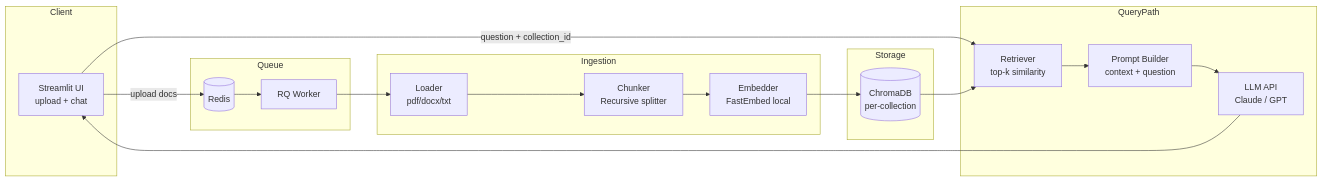
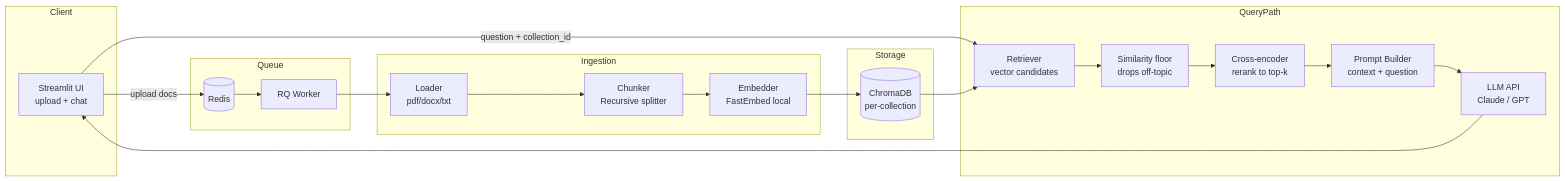
Before and after one commit to poshitha-12/rag-generator: the diagram in README.md, drawn with Mermaid. The commit also changed other lines of this file and 7 other files, not shown here.

First line of the commit message:
feat(retrieval): similarity floor + cross-encoder rerank before generation [FR5, FR6]

````diff
--- a/README.md
+++ b/README.md
@@ -16,27 +16,29 @@
 ```mermaid
 flowchart LR
     subgraph Client
         UI[Streamlit UI<br/>upload + chat]
     end
     subgraph Queue
         REDIS[(Redis)]
         WORKER[RQ Worker]
     end
     subgraph Ingestion
         LOAD[Loader<br/>pdf/docx/txt]
         CHUNK[Chunker<br/>Recursive splitter]
         EMB[Embedder<br/>FastEmbed local]
     end
     subgraph Storage
         VDB[(ChromaDB<br/>per-collection)]
     end
     subgraph QueryPath
-        RET[Retriever<br/>top-k similarity]
+        RET[Retriever<br/>vector candidates]
+        GATE[Similarity floor<br/>drops off-topic]
+        RERANK[Cross-encoder<br/>rerank to top-k]
         PROMPT[Prompt Builder<br/>context + question]
         LLM[LLM API<br/>Claude / GPT]
     end
     UI -- upload docs --> REDIS
     REDIS --> WORKER --> LOAD --> CHUNK --> EMB --> VDB
     UI -- question + collection_id --> RET
-    VDB --> RET --> PROMPT --> LLM --> UI
+    VDB --> RET --> GATE --> RERANK --> PROMPT --> LLM --> UI
 ```
````
